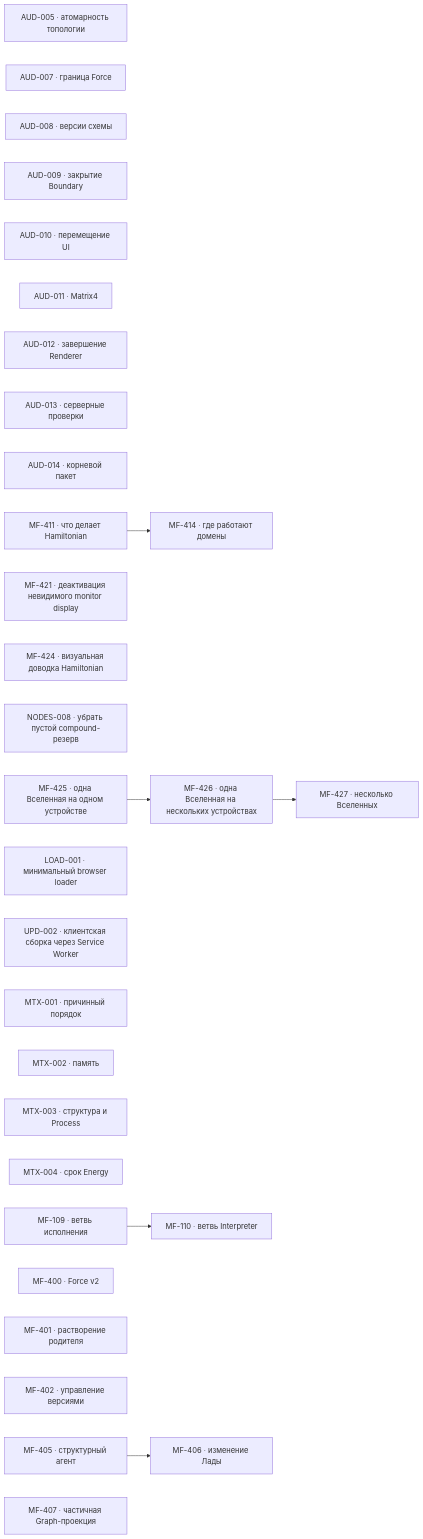
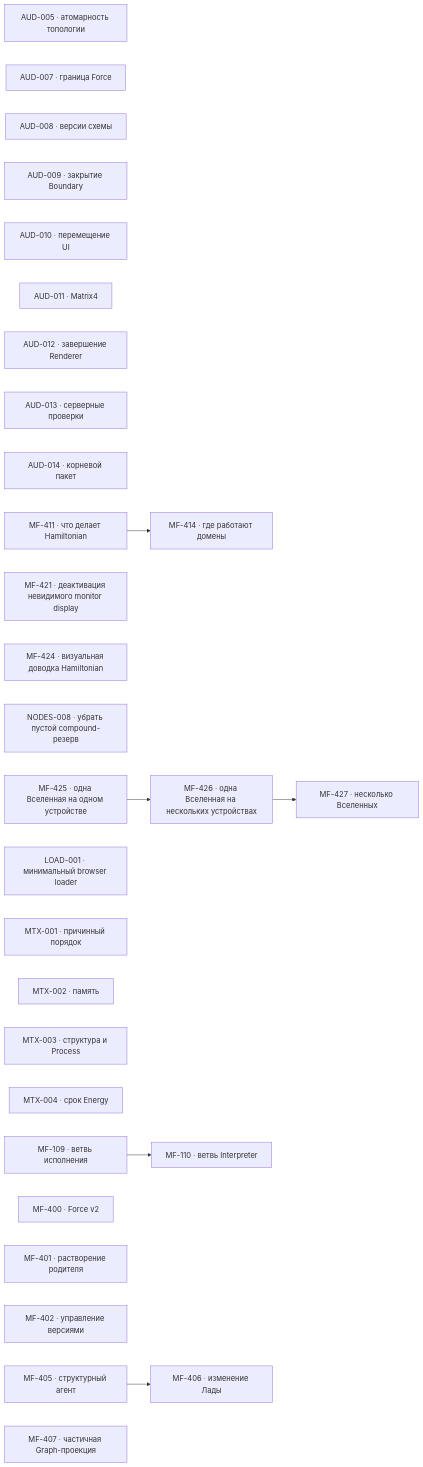
One commit to zavx0z/metafor changed the diagram in project/TODO.md. Above: the diagram before and after it, drawn with Mermaid. The commit also changed other lines of this file and 6 other files, not shown here.

````diff
--- a/project/TODO.md
+++ b/project/TODO.md
@@ -13,39 +13,38 @@
 ```mermaid
 flowchart LR
     AUD005["AUD-005 · атомарность топологии"]
     AUD007["AUD-007 · граница Force"]
     AUD008["AUD-008 · версии схемы"]
     AUD009["AUD-009 · закрытие Boundary"]
     AUD010["AUD-010 · перемещение UI"]
     AUD011["AUD-011 · Matrix4"]
     AUD012["AUD-012 · завершение Renderer"]
     AUD013["AUD-013 · серверные проверки"]
     AUD014["AUD-014 · корневой пакет"]
     MF411["MF-411 · что делает Hamiltonian"]
     MF414["MF-414 · где работают домены"]
     MF421["MF-421 · деактивация невидимого monitor display"]
     MF424["MF-424 · визуальная доводка Hamiltonian"]
     NODES008["NODES-008 · убрать пустой compound-резерв"]
     MF425["MF-425 · одна Вселенная на одном устройстве"]
     LOAD001["LOAD-001 · минимальный browser loader"]
-    UPD002["UPD-002 · клиентская сборка через Service Worker"]
     MF426["MF-426 · одна Вселенная на нескольких устройствах"]
     MF427["MF-427 · несколько Вселенных"]
     MTX001["MTX-001 · причинный порядок"]
     MTX002["MTX-002 · память"]
     MTX003["MTX-003 · структура и Process"]
     MTX004["MTX-004 · срок Energy"]
     MF109["MF-109 · ветвь исполнения"]
     MF110["MF-110 · ветвь Interpreter"]
     MF400["MF-400 · Force v2"]
     MF401["MF-401 · растворение родителя"]
     MF402["MF-402 · управление версиями"]
     MF405["MF-405 · структурный агент"]
     MF406["MF-406 · изменение Лады"]
     MF407["MF-407 · частичная Graph-проекция"]
     MF109 --> MF110
     MF405 --> MF406
     MF411 --> MF414
     MF425 --> MF426
     MF426 --> MF427
 ```
````
